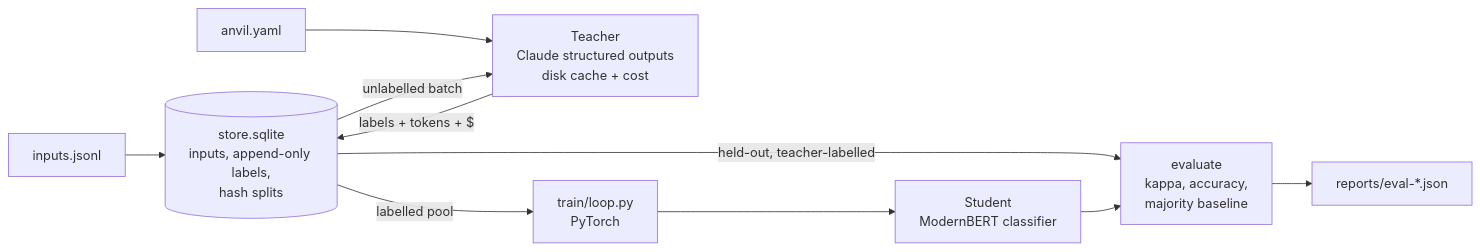
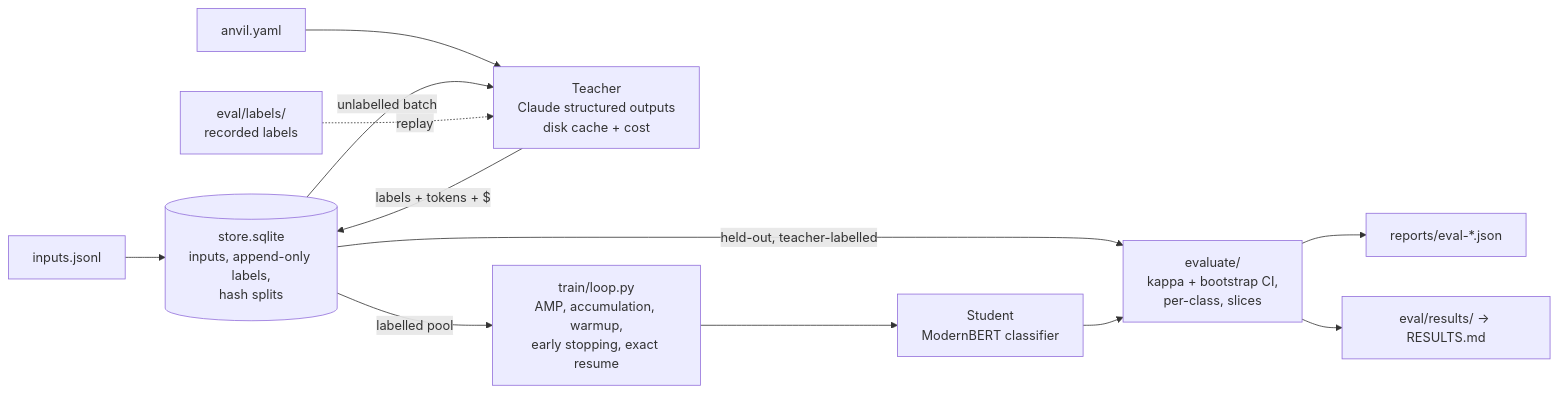
One commit to TheAsianFish/anvil changed the diagram in README.md. Above: the diagram before and after it, drawn with Mermaid. The commit also changed other lines of this file and 46 other files, not shown here.

First line of the commit message:
M2: Training and evaluation core — `train/loop.py` (seeded, AMP, accumulation, warmup/decay, early stopping, (#3)

````diff
--- a/README.md
+++ b/README.md
@@ -92,12 +99,14 @@
 ```mermaid
 flowchart LR
     I[inputs.jsonl] --> ST[(store.sqlite<br/>inputs, append-only labels,<br/>hash splits)]
     SPEC[anvil.yaml] --> T
     ST -->|unlabelled batch| T[Teacher<br/>Claude structured outputs<br/>disk cache + cost]
     T -->|labels + tokens + $| ST
-    ST -->|labelled pool| TR[train/loop.py<br/>PyTorch]
+    ST -->|labelled pool| TR[train/loop.py<br/>AMP, accumulation, warmup,<br/>early stopping, exact resume]
     TR --> S[Student<br/>ModernBERT classifier]
-    ST -->|held-out, teacher-labelled| EV[evaluate<br/>kappa, accuracy,<br/>majority baseline]
+    ST -->|held-out, teacher-labelled| EV[evaluate/<br/>kappa + bootstrap CI,<br/>per-class, slices]
     S --> EV
     EV --> R[reports/eval-*.json]
+    LF[eval/labels/<br/>recorded labels] -.->|replay| T
+    EV --> RES[eval/results/ -> RESULTS.md]
 ```
````
